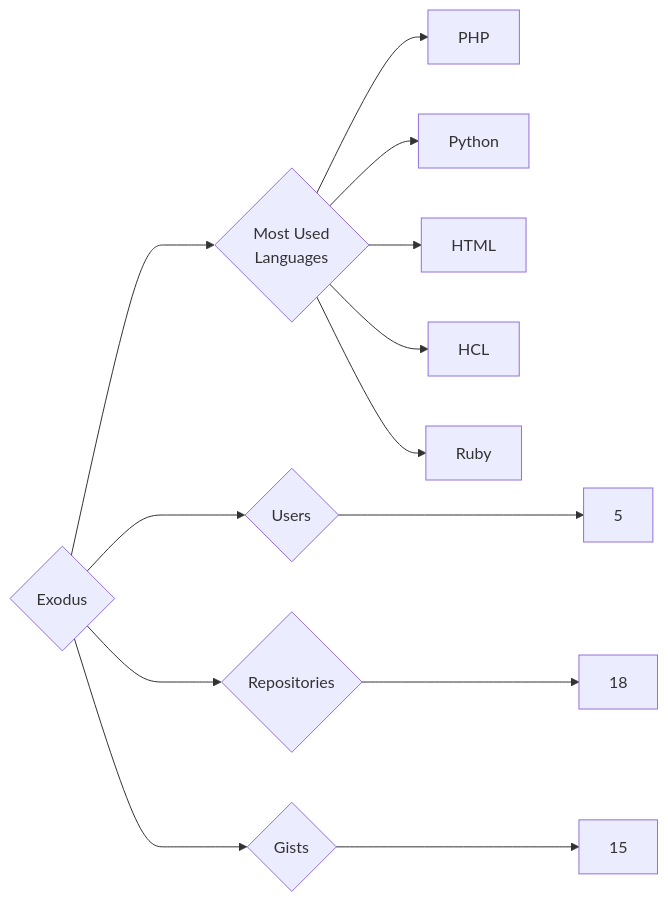
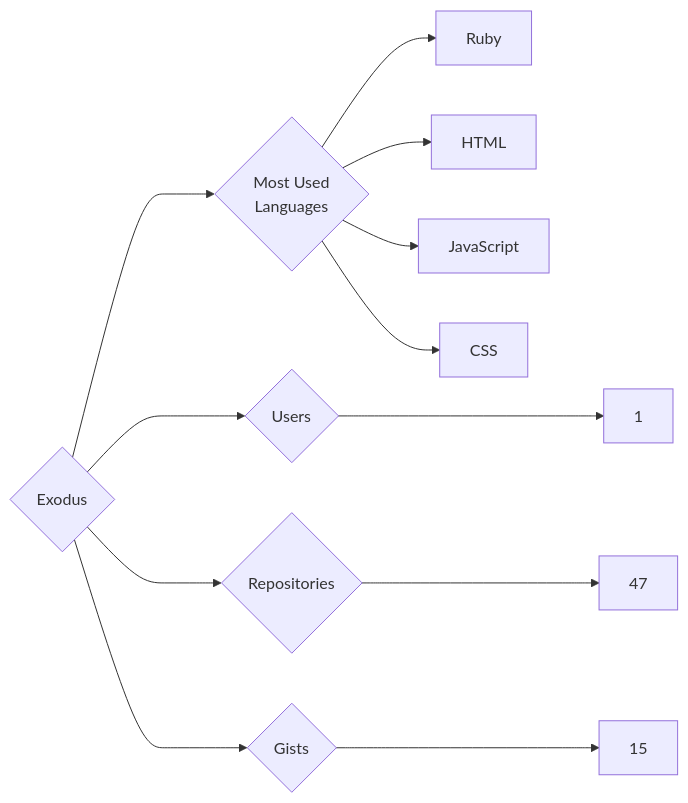
Before and after one commit to trickest/insiders: the diagram in targets/Exodus/README.md, drawn with Mermaid. The commit also changed 1084 other files, not shown here.

````diff
--- a/targets/Exodus/README.md
+++ b/targets/Exodus/README.md
@@ -3,13 +3,12 @@
 ```mermaid
 graph LR
 COMPANY_NAME{Exodus}
-COMPANY_NAME ---> U{Users} ---> UN[5]
-COMPANY_NAME ---> R{Repositories} ---> RN[18]
+COMPANY_NAME ---> U{Users} ---> UN[1]
+COMPANY_NAME ---> R{Repositories} ---> RN[47]
 COMPANY_NAME ---> G{Gists} ---> GN[15]
 COMPANY_NAME ---> ML{Most Used<br>Languages}
-ML --> PHP[PHP]
-ML --> Python[Python]
+ML --> Ruby[Ruby]
 ML --> HTML[HTML]
-ML --> HCL[HCL]
-ML --> Ruby[Ruby]
+ML --> JavaScript[JavaScript]
+ML --> CSS[CSS]
 ```
````
